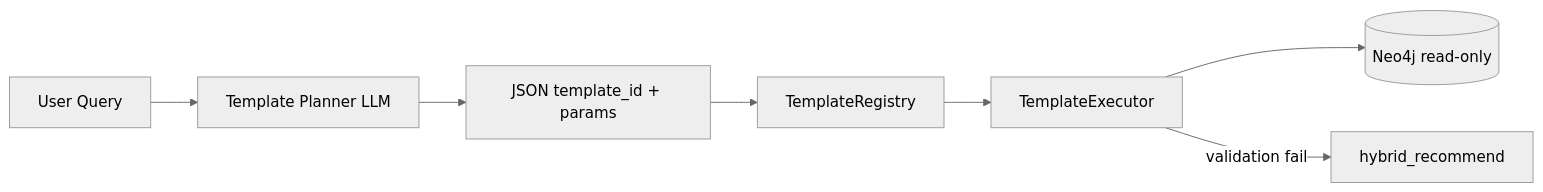
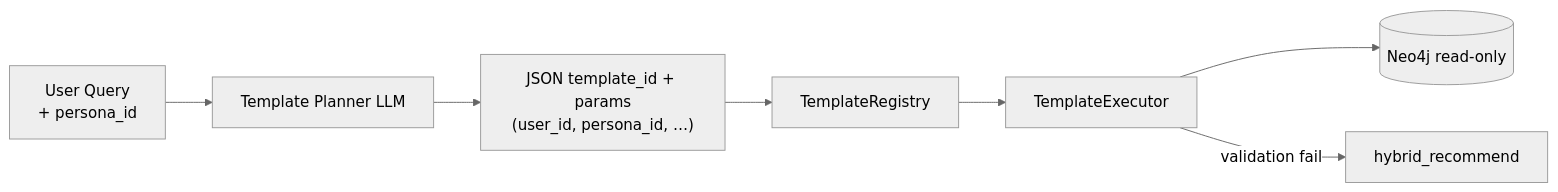
The diagram in docs/cypher_templates.md (kakao4-KAKAMU/KAKAMU_DE), drawn with Mermaid (neutral theme) before and after one commit. The commit also changed other lines of this file and 9 other files, not shown here.

````diff
--- a/docs/cypher_templates.md
+++ b/docs/cypher_templates.md
@@ -3,9 +6,9 @@
 ```mermaid
 flowchart LR
-    UserQuery[User Query] --> LLM[Template Planner LLM]
-    LLM --> Intent["JSON template_id + params"]
+    UserQuery["User Query\n+ persona_id"] --> LLM[Template Planner LLM]
+    LLM --> Intent["JSON template_id + params\n(user_id, persona_id, …)"]
     Intent --> Registry[TemplateRegistry]
     Registry --> Executor[TemplateExecutor]
     Executor --> Neo4j[(Neo4j read-only)]
     Executor -->|validation fail| Fallback[hybrid_recommend]
 ```
````
